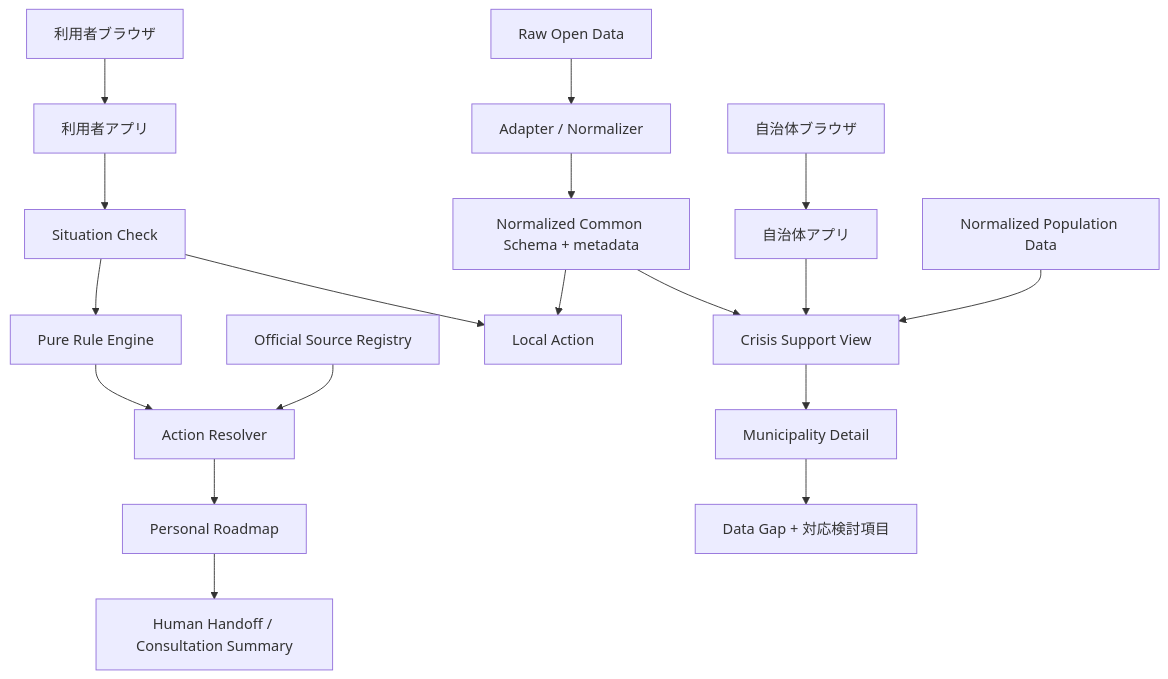
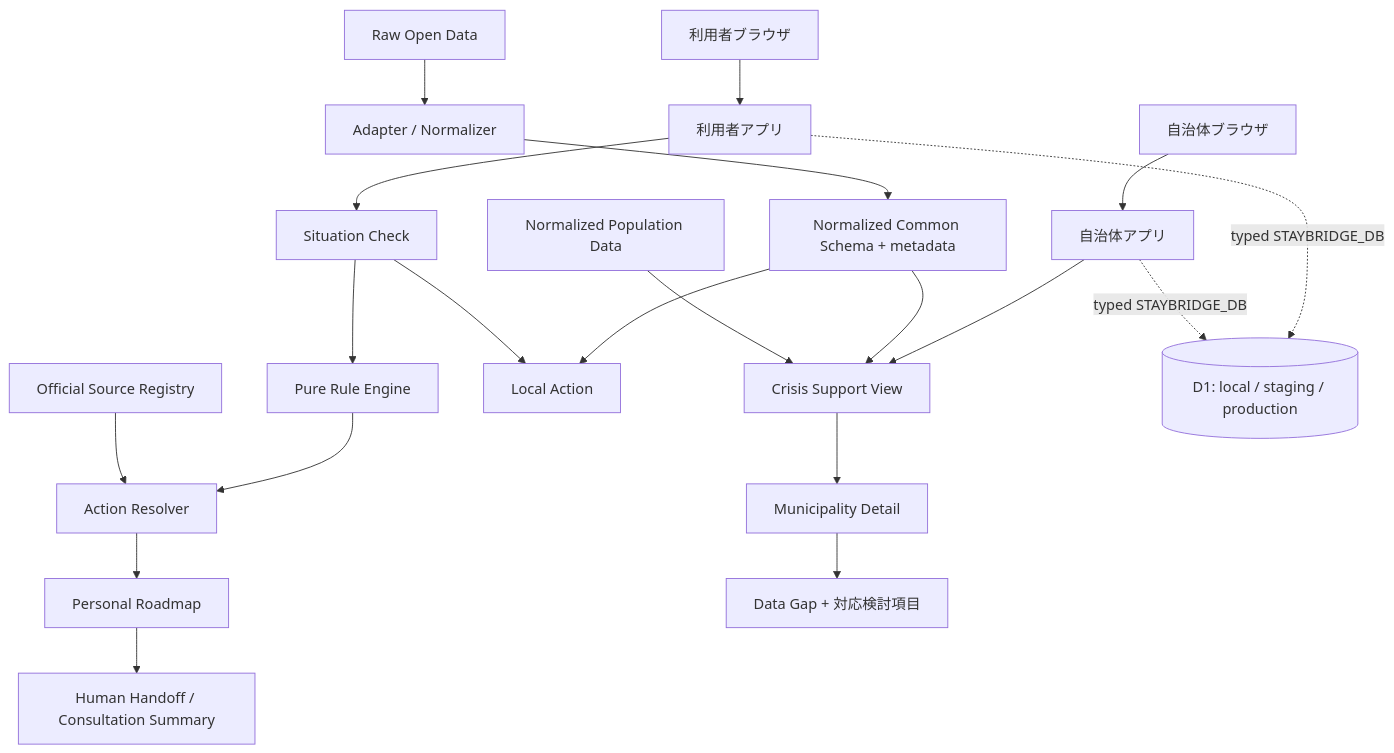
The diagram in docs/architecture.md (kuraryu405/tokyo-opendata), drawn with Mermaid before and after one commit. The commit also changed other lines of this file and 25 other files, not shown here.

````diff
--- a/docs/architecture.md
+++ b/docs/architecture.md
@@ -3,20 +3,22 @@
 ```mermaid
 flowchart TD
   UB[利用者ブラウザ] --> UA[利用者アプリ]
   UA --> S[Situation Check]
   S --> R[Pure Rule Engine]
   R --> A[Action Resolver]
   O[Official Source Registry] --> A
   D[Raw Open Data] --> N[Adapter / Normalizer]
   N --> C[Normalized Common Schema + metadata]
   C --> L[Local Action]
   A --> P[Personal Roadmap]
   P --> H[Human Handoff / Consultation Summary]
   S --> L
   MB[自治体ブラウザ] --> MA[自治体アプリ]
   MA --> CV[Crisis Support View]
+  UA -. typed STAYBRIDGE_DB .-> D1[(D1: local / staging / production)]
+  MA -. typed STAYBRIDGE_DB .-> D1
   C --> CV
   POP[Normalized Population Data] --> CV
   CV --> M[Municipality Detail]
   M --> G[Data Gap + 対応検討項目]
 ```
````
